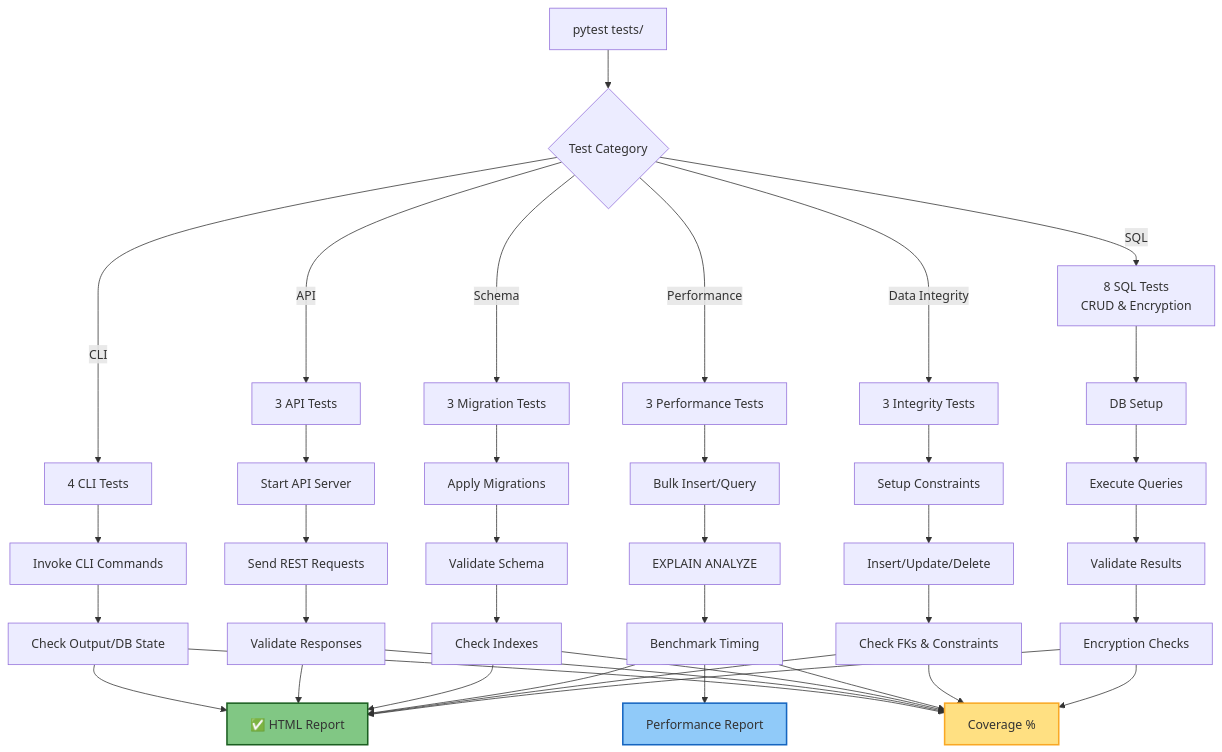
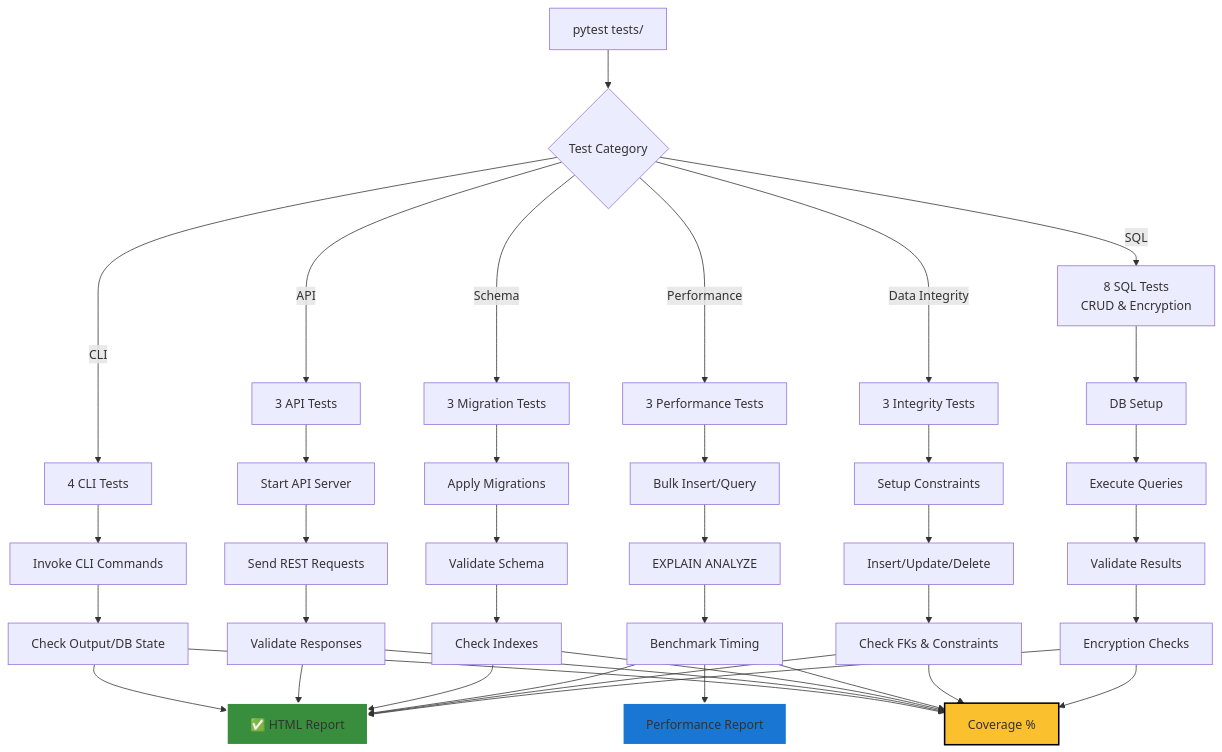
The second of 3 diagrams in README.md (steadhac/database-qa-automation), drawn with Mermaid before and after one commit.

Commit message:
Updating the color to increase contrast of the Test execution flow graph

````diff
--- a/README.md
+++ b/README.md
@@ -183,55 +183,55 @@
 ```mermaid
 graph TD
     A["pytest tests/"] --> B{Test Category}
 
     B -->|SQL| C1["8 SQL Tests<br/>CRUD & Encryption"]
     C1 --> C2["DB Setup"]
     C2 --> C3["Execute Queries"]
     C3 --> C4["Validate Results"]
     C4 --> C5["Encryption Checks"]
     C5 --> R1
     C5 --> R2
 
     B -->|Data Integrity| D1["3 Integrity Tests"]
     D1 --> D2["Setup Constraints"]
     D2 --> D3["Insert/Update/Delete"]
     D3 --> D4["Check FKs & Constraints"]
     D4 --> R1
     D4 --> R2
 
     B -->|Performance| E1["3 Performance Tests"]
     E1 --> E2["Bulk Insert/Query"]
     E2 --> E3["EXPLAIN ANALYZE"]
     E3 --> E4["Benchmark Timing"]
     E4 --> R1
     E4 --> R2
     E4 --> E5["Performance Report"]
 
     B -->|Schema| F1["3 Migration Tests"]
     F1 --> F2["Apply Migrations"]
     F2 --> F3["Validate Schema"]
     F3 --> F4["Check Indexes"]
     F4 --> R1
     F4 --> R2
 
     B -->|API| G1["3 API Tests"]
     G1 --> G2["Start API Server"]
     G2 --> G3["Send REST Requests"]
     G3 --> G4["Validate Responses"]
     G4 --> R1
     G4 --> R2
 
     B -->|CLI| H1["4 CLI Tests"]
     H1 --> H2["Invoke CLI Commands"]
     H2 --> H3["Check Output/DB State"]
     H3 --> R1
     H3 --> R2
 
     R1["✅ HTML Report"]
     R2["Coverage %"]
     E5["Performance Report"]
-    
-style E5 fill:#90caf9,stroke:#1565c0,stroke-width:2px
-style R1 fill:#81c784,stroke:#1b5e20,stroke-width:2px
-style R2 fill:#ffe082,stroke:#f9a825,stroke-width:2px
+
+style E5 fill:#1976d2,stroke:#ffffff,stroke-width:2px
+style R1 fill:#388e3c,stroke:#ffffff,stroke-width:2px
+style R2 fill:#fbc02d,stroke:#000000,stroke-width:2px
 ```
````
